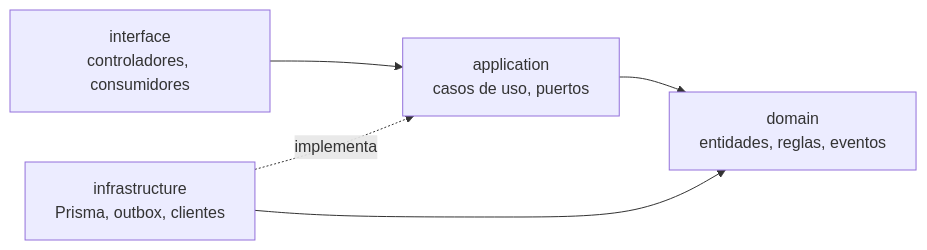
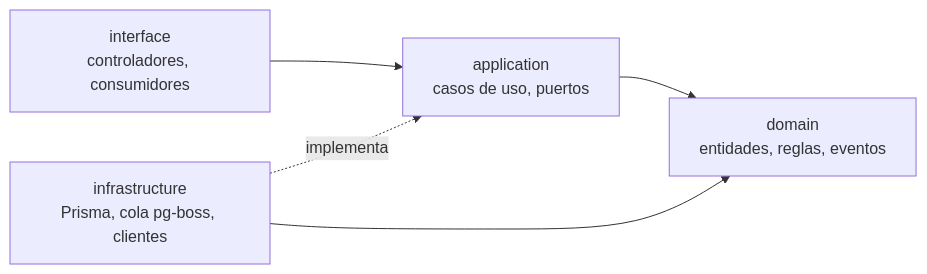
Before and after one commit to Kevrc/festival-artes-vivas-loja: the second of 4 diagrams in docs/arquitectura/02-vista-desarrollo.md, drawn with Mermaid. The commit also changed other lines of this file and 5 other files, not shown here.

````diff
--- a/docs/arquitectura/02-vista-desarrollo.md
+++ b/docs/arquitectura/02-vista-desarrollo.md
@@ -76,7 +76,7 @@
 ```mermaid
 flowchart LR
     I["interface<br/>controladores, consumidores"] --> A["application<br/>casos de uso, puertos"]
     A --> D["domain<br/>entidades, reglas, eventos"]
-    INF["infrastructure<br/>Prisma, outbox, clientes"] -. implementa .-> A
+    INF["infrastructure<br/>Prisma, cola pg-boss, clientes"] -. implementa .-> A
     INF --> D
 ```
````
